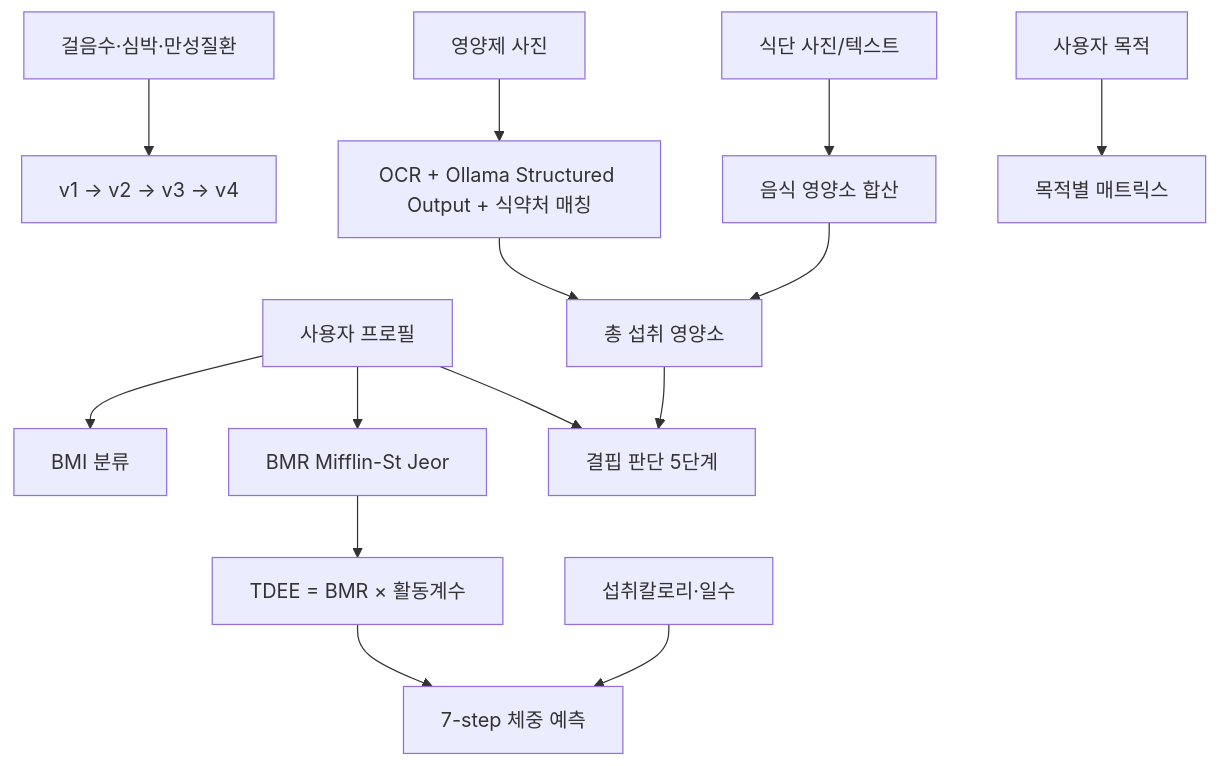
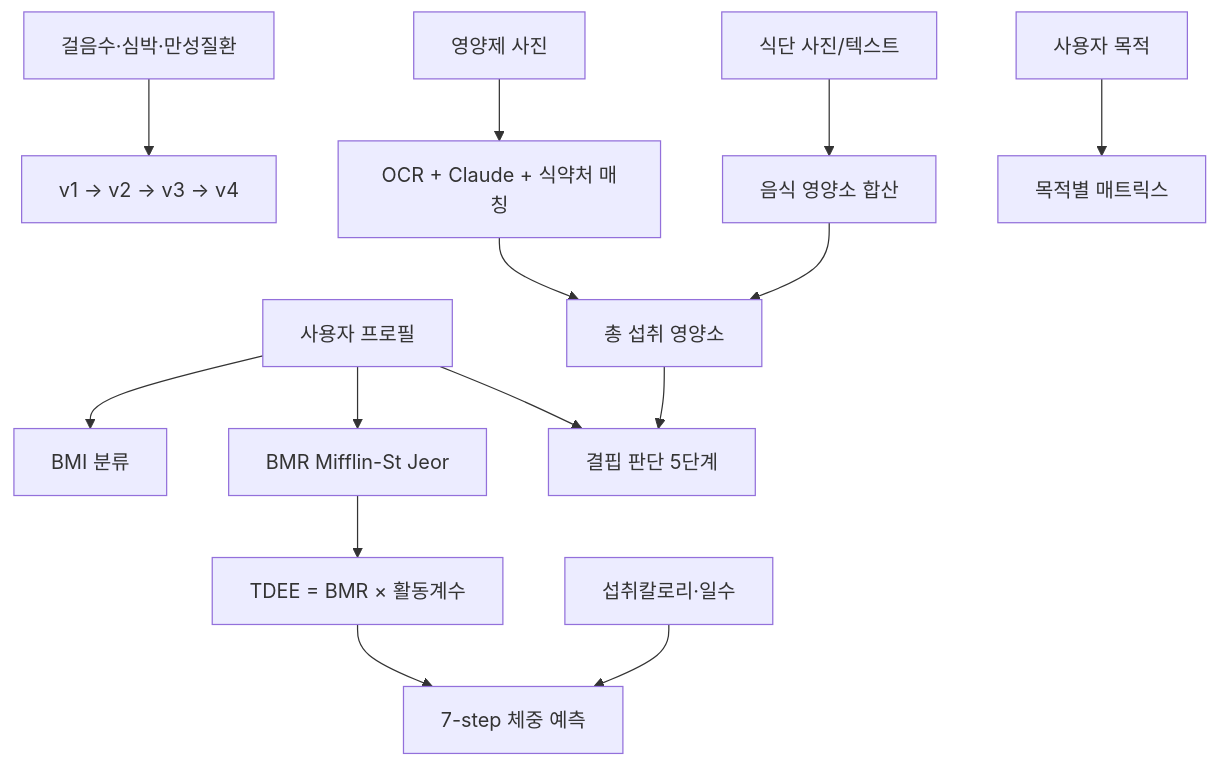
Before and after one commit to Lemon-Aid-KDT/Lemon-sin: the fifth of 12 diagrams in PROJECT_GUIDE.md, drawn with Mermaid. The commit also changed other lines of this file and 1 other file, not shown here.

````diff
--- a/PROJECT_GUIDE.md
+++ b/PROJECT_GUIDE.md
@@ -854,19 +687,19 @@
 ```mermaid
 flowchart TB
     P[사용자 프로필] --> BMI[BMI 분류]
     P --> BMR[BMR Mifflin-St Jeor]
     BMR --> TDEE[TDEE = BMR × 활동계수]
     INTAKE[섭취칼로리·일수] --> WP[7-step 체중 예측]
     TDEE --> WP
 
     STEP[걸음수·심박·만성질환] --> V[v1 → v2 → v3 → v4]
 
-    SUP[영양제 사진] --> OCR[OCR + Ollama Structured Output + 식약처 매칭]
+    SUP[영양제 사진] --> OCR[OCR + Claude + 식약처 매칭]
     MEAL[식단 사진/텍스트] --> NM[음식 영양소 합산]
     OCR --> SUM[총 섭취 영양소]
     NM --> SUM
     SUM --> DEF[결핍 판단 5단계]
     P --> DEF
 
     GOAL[사용자 목적] --> GM[목적별 매트릭스]
 ```
````
